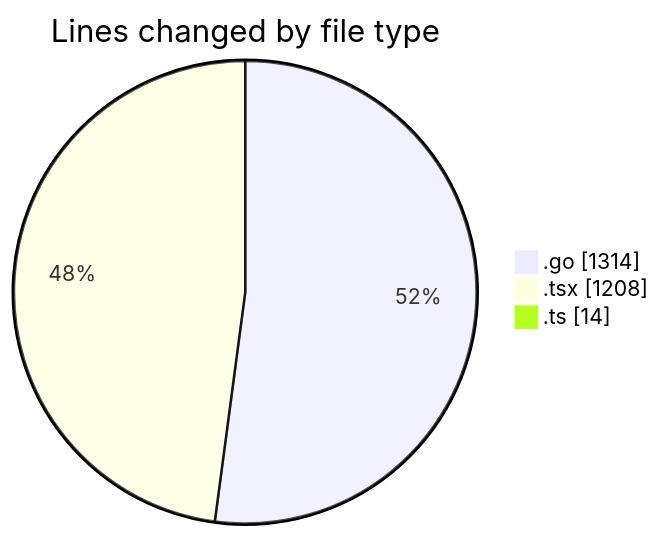
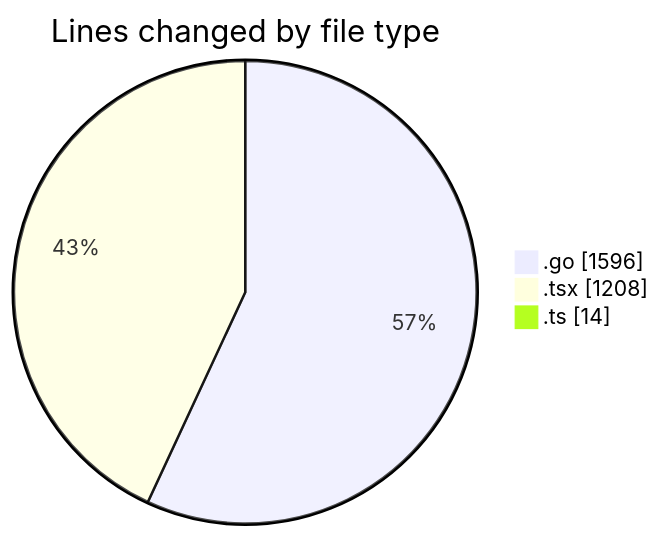
Before and after one commit to robertbonfada/code-tracking: the first of 2 diagrams in 2025-03-05/termonied_testador/README.md, drawn with Mermaid. The commit also changed other lines of this file and 1 other file, not shown here.

````diff
--- a/2025-03-05/termonied_testador/README.md
+++ b/2025-03-05/termonied_testador/README.md
@@ -28,7 +30,7 @@
 ```mermaid
 pie showData
 title Lines changed by file type
-".go" : 1314
+".go" : 1596
 ".tsx" : 1208
 ".ts" : 14
 ```
````
